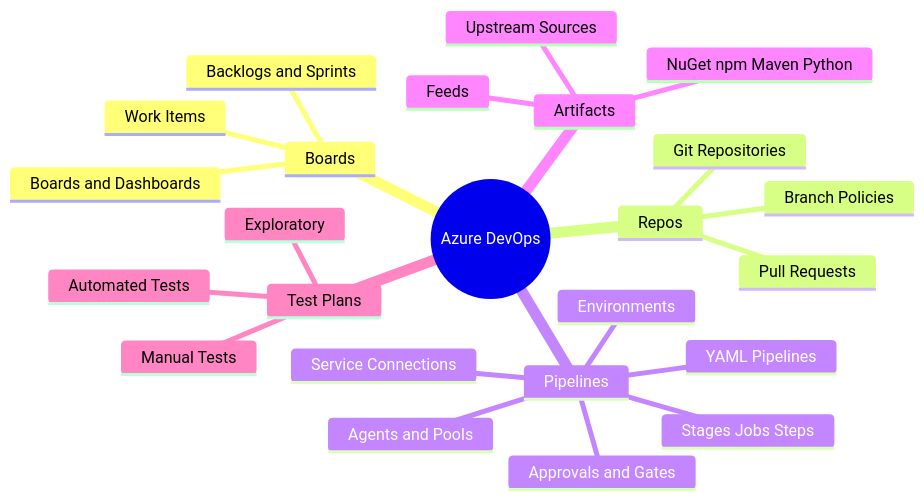
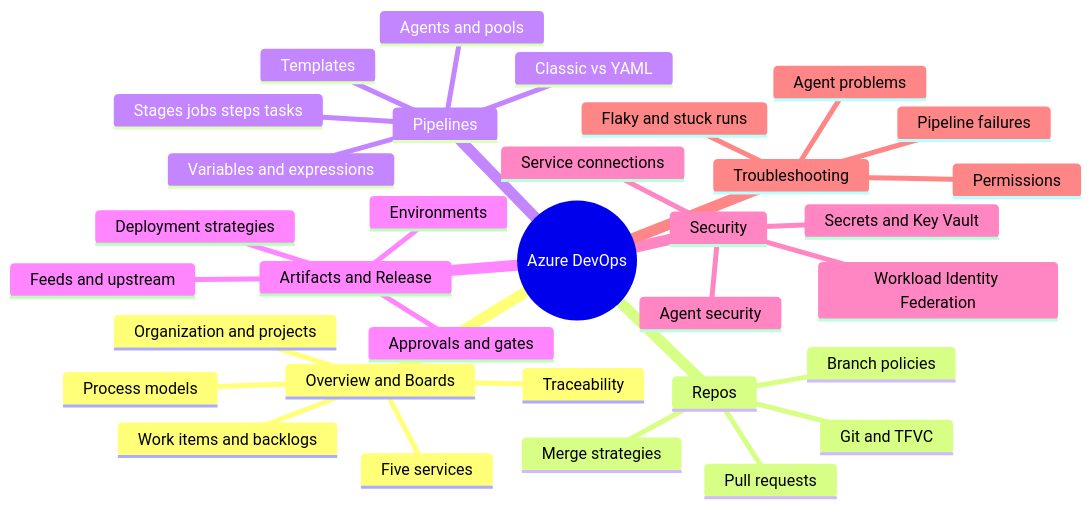
The first of 2 diagrams in azure-devops/README.md (rakesh-budde/devops-guide), drawn with Mermaid before and after one commit. The commit also changed other lines of this file and 127 other files, not shown here.

````diff
--- a/azure-devops/README.md
+++ b/azure-devops/README.md
@@ -24,27 +13,36 @@
 ```mermaid
 mindmap
   root((Azure DevOps))
-    Boards
-      Work Items
-      Backlogs and Sprints
-      Boards and Dashboards
+    Overview and Boards
+      Five services
+      Organization and projects
+      Work items and backlogs
+      Process models
+      Traceability
     Repos
-      Git Repositories
-      Pull Requests
-      Branch Policies
+      Git and TFVC
+      Branch policies
+      Pull requests
+      Merge strategies
     Pipelines
-      YAML Pipelines
-      Stages Jobs Steps
-      Agents and Pools
-      Service Connections
+      Classic vs YAML
+      Stages jobs steps tasks
+      Agents and pools
+      Variables and expressions
+      Templates
+    Artifacts and Release
+      Feeds and upstream
       Environments
-      Approvals and Gates
-    Artifacts
-      NuGet npm Maven Python
-      Feeds
-      Upstream Sources
-    Test Plans
-      Manual Tests
-      Automated Tests
-      Exploratory
+      Approvals and gates
+      Deployment strategies
+    Security
+      Service connections
+      Workload Identity Federation
+      Secrets and Key Vault
+      Agent security
+    Troubleshooting
+      Pipeline failures
+      Agent problems
+      Permissions
+      Flaky and stuck runs
 ```
````
